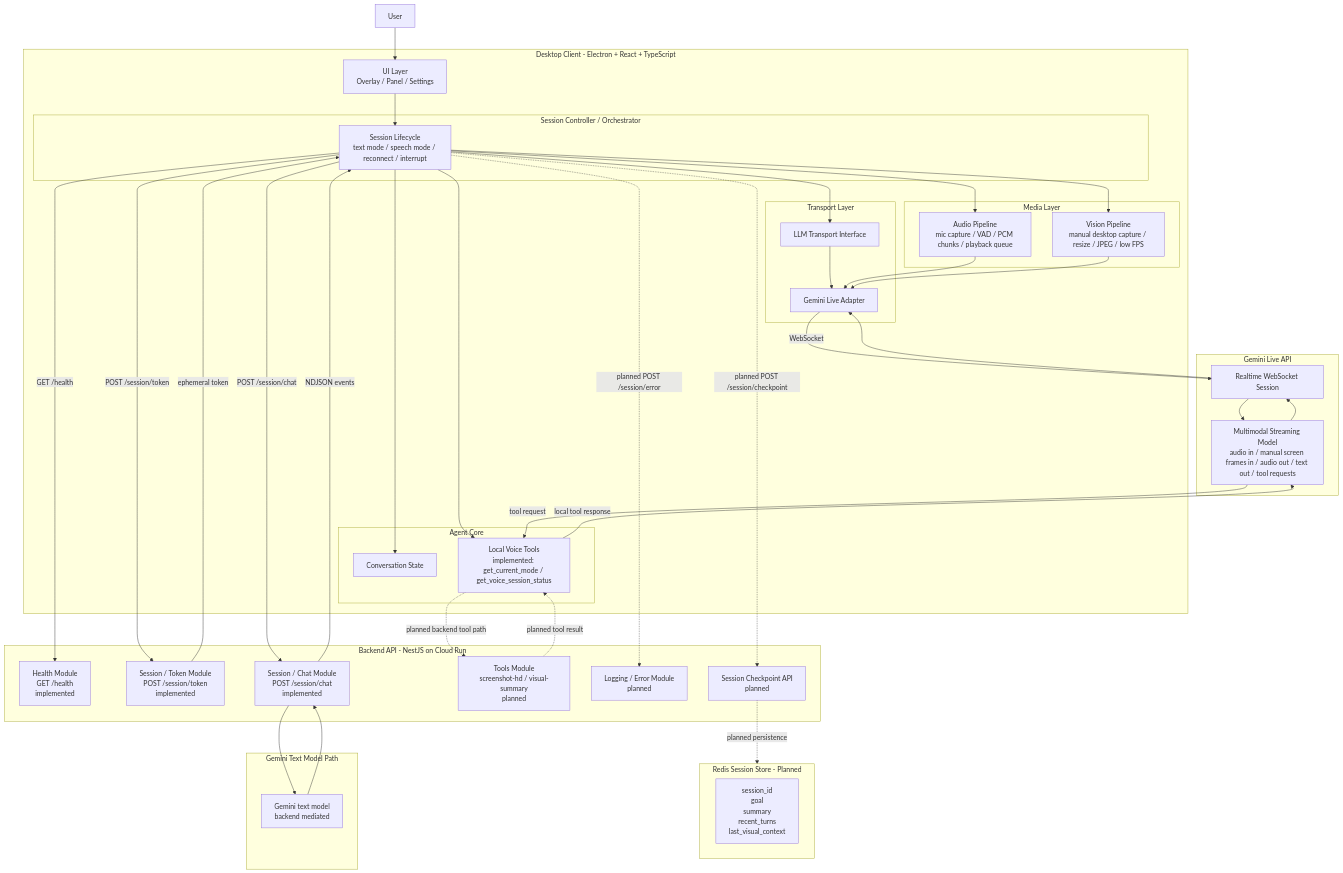
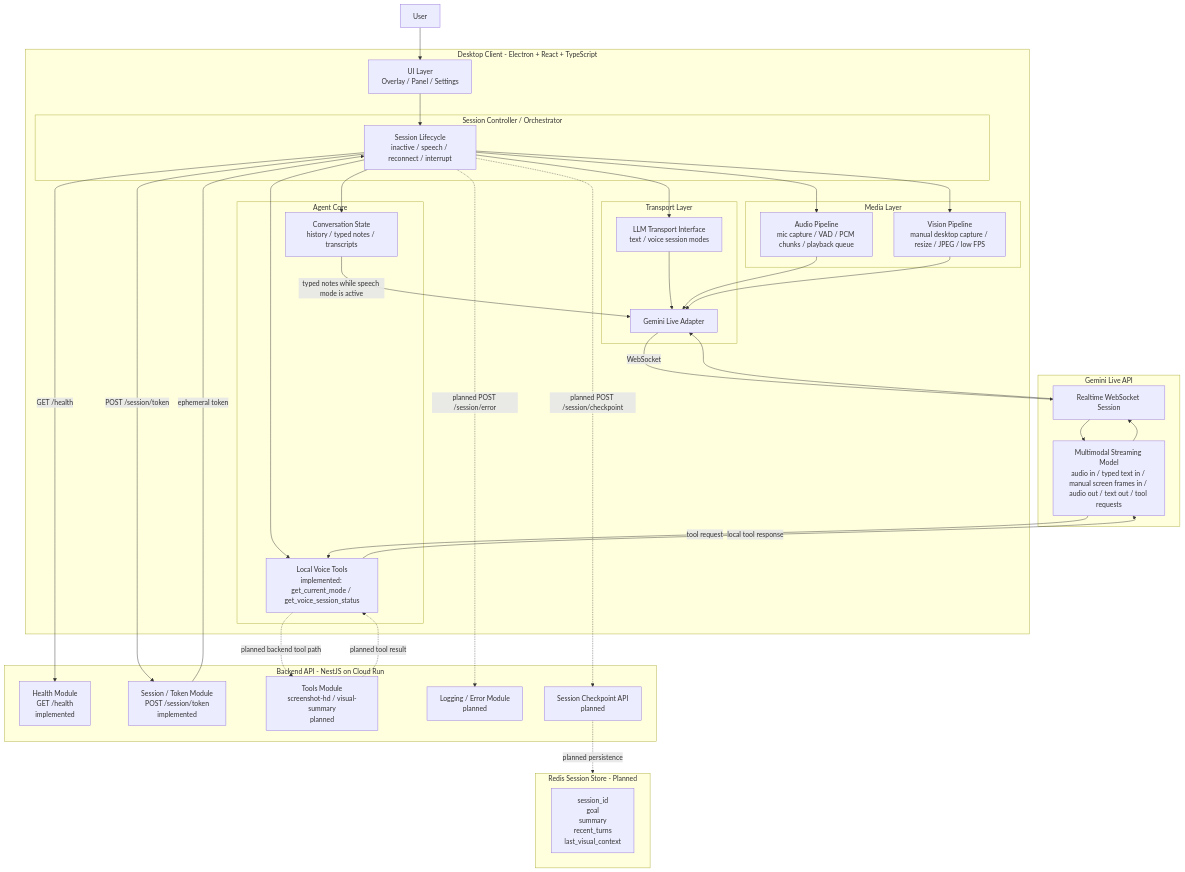
Before and after one commit to rafaself/Livepair: the diagram in docs/diagrams/main-architecture.md, drawn with Mermaid. The commit also changed 11 other files, not shown here.

Commit message:
feat: update documentation and architecture to reflect changes in product states and remove backend-mediated text mode

```diff
--- a/docs/diagrams/main-architecture.md
+++ b/docs/diagrams/main-architecture.md
@@ -8,7 +8,7 @@
         UI[UI Layer<br/>Overlay / Panel / Settings]
 
         subgraph ORCH[Session Controller / Orchestrator]
-            SC[Session Lifecycle<br/>text mode / speech mode / reconnect / interrupt]
+            SC[Session Lifecycle<br/>inactive / speech / reconnect / interrupt]
         end
 
         subgraph MEDIA[Media Layer]
@@ -17,12 +17,12 @@
         end
 
         subgraph CORE[Agent Core]
-            AC[Conversation State]
+            AC[Conversation State<br/>history / typed notes / transcripts]
             TM[Local Voice Tools<br/>implemented: get_current_mode / get_voice_session_status]
         end
 
         subgraph ADAPTER[Transport Layer]
-            LLM[LLM Transport Interface]
+            LLM[LLM Transport Interface<br/>text / voice session modes]
             GLA[Gemini Live Adapter]
         end
     end
@@ -30,7 +30,6 @@
     subgraph B[Backend API - NestJS on Cloud Run]
         HEALTH[Health Module<br/>GET /health<br/>implemented]
         AUTH[Session / Token Module<br/>POST /session/token<br/>implemented]
-        CHAT[Session / Chat Module<br/>POST /session/chat<br/>implemented]
         TOOLS[Tools Module<br/>screenshot-hd / visual-summary<br/>planned]
         LOG[Logging / Error Module<br/>planned]
         SVC[Session Checkpoint API<br/>planned]
@@ -42,11 +41,7 @@
 
     subgraph G[Gemini Live API]
         WS[Realtime WebSocket Session]
-        MODEL[Multimodal Streaming Model<br/>audio in / manual screen frames in / audio out / text out / tool requests]
-    end
-
-    subgraph GT[Gemini Text Model Path]
-        TXT[Gemini text model<br/>backend mediated]
+        MODEL[Multimodal Streaming Model<br/>audio in / typed text in / manual screen frames in / audio out / text out / tool requests]
     end
 
     U --> UI
@@ -66,14 +61,11 @@
 
     AP --> GLA
     VP --> GLA
+    AC -->|typed notes while speech mode is active| GLA
 
     SC -->|GET /health| HEALTH
     SC -->|POST /session/token| AUTH
     AUTH -->|ephemeral token| SC
-    SC -->|POST /session/chat| CHAT
-    CHAT --> TXT
-    TXT --> CHAT
-    CHAT -->|NDJSON events| SC
 
     MODEL -->|tool request| TM
     TM -->|local tool response| MODEL
```
